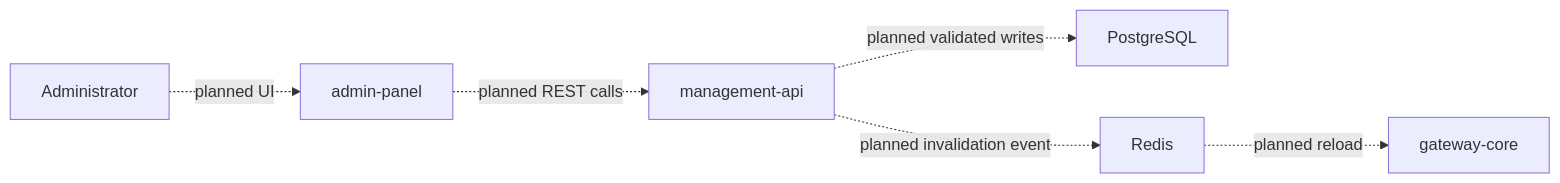
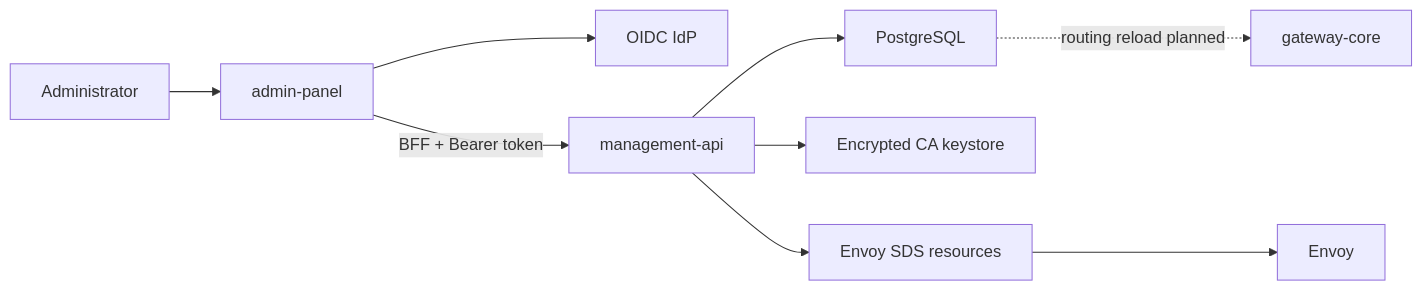
The diagram in docs/02-architecture/Control Plane Flow.md (c4rl0s04/api-gateway-platform), drawn with Mermaid before and after one commit. The commit also changed other lines of this file and 16 other files, not shown here.

Commit message:
docs(mtls): document multi-client pki architecture

````diff
--- a/docs/02-architecture/Control Plane Flow.md
+++ b/docs/02-architecture/Control Plane Flow.md
@@ -29,8 +29,11 @@
 ```mermaid
 flowchart LR
-    ADMIN["Administrator"] -. "planned UI" .-> PANEL["admin-panel"]
-    PANEL -. "planned REST calls" .-> API["management-api"]
-    API -. "planned validated writes" .-> DATABASE["PostgreSQL"]
-    API -. "planned invalidation event" .-> REDIS["Redis"]
-    REDIS -. "planned reload" .-> GATEWAY["gateway-core"]
+    ADMIN["Administrator"] --> PANEL["admin-panel"]
+    PANEL --> IDP["OIDC IdP"]
+    PANEL -->|"BFF + Bearer token"| API["management-api"]
+    API --> DATABASE["PostgreSQL"]
+    API --> KEYSTORE["Encrypted CA keystore"]
+    API --> SDS["Envoy SDS resources"]
+    SDS --> ENVOY["Envoy"]
+    DATABASE -. "routing reload planned" .-> GATEWAY["gateway-core"]
 ```
````
